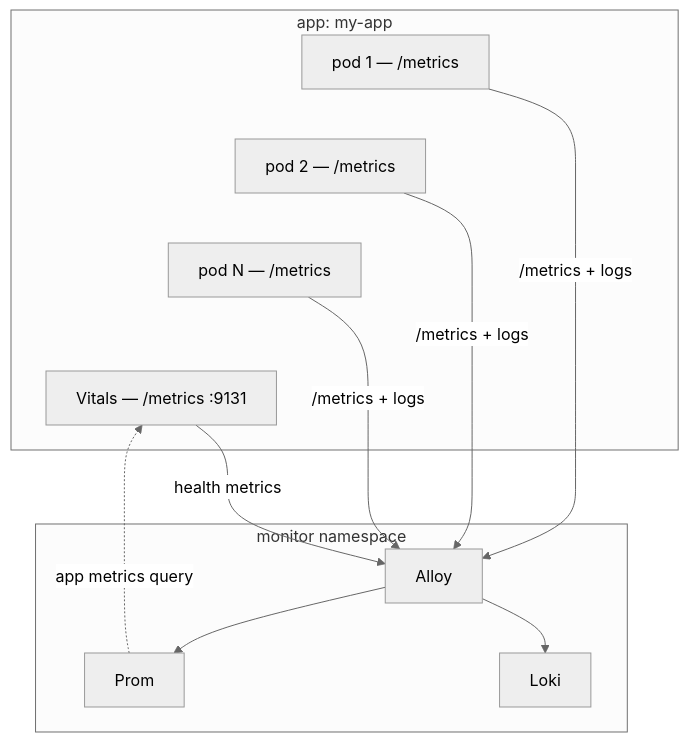
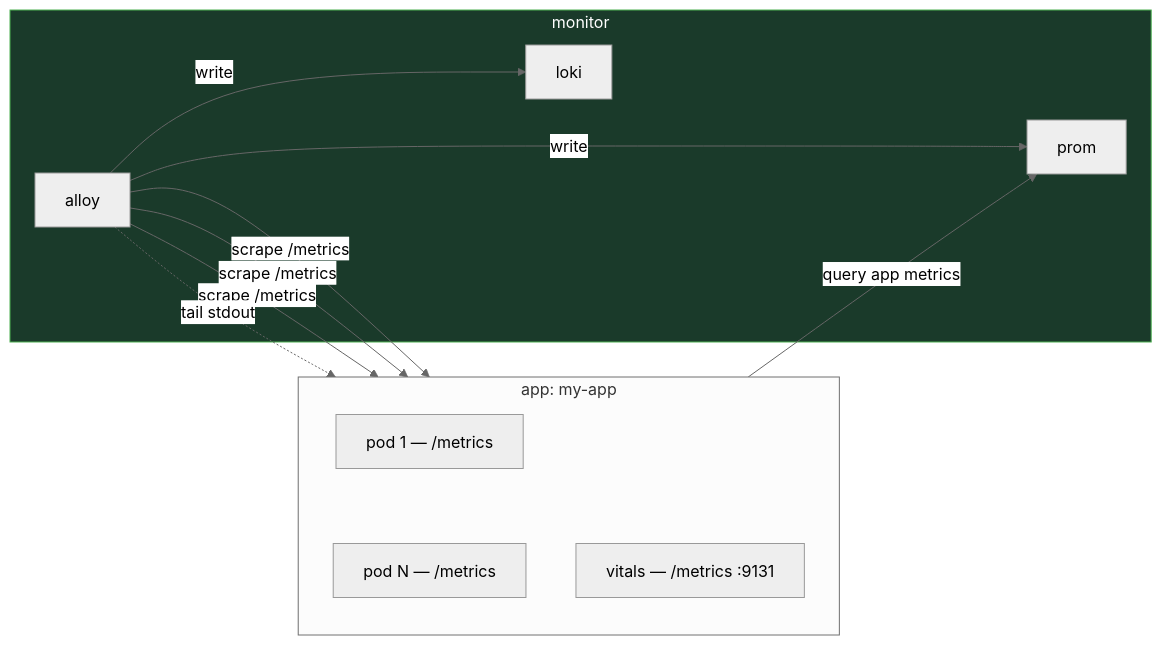
The diagram in docs/infra/monitoring.md (Kord96/kordinate), drawn with Mermaid (neutral theme) before and after one commit. The commit also changed other lines of this file, not shown here.

````diff
--- a/docs/infra/monitoring.md
+++ b/docs/infra/monitoring.md
@@ -43,18 +9,18 @@
 ```mermaid
-flowchart TB
+flowchart LR
     subgraph app["app: my-app"]
-        P1[pod 1 — /metrics]
-        P2[pod 2 — /metrics]
-        PN[pod N — /metrics]
-        VIT[Vitals — /metrics :9131]
-        P1 ~~~ P2 ~~~ PN ~~~ VIT
+        direction TB
+        P1[pod 1 — /metrics] ~~~ P2[pod N — /metrics]
+        VIT[vitals — /metrics :9131]
     end
 
-    P1 & P2 & PN -->|/metrics + logs| AL
-    VIT -->|health metrics| AL
-    PR -.->|app metrics query| VIT
+    subgraph mon[monitor]
+        AL[alloy] -->|write| PR[prom] & LK[loki]
+    end
 
-    subgraph mon[monitor namespace]
-        AL[Alloy] --> PR[Prom] & LK[Loki]
-    end
+    AL -->|scrape /metrics| P1 & P2 & VIT
+    AL -.->|tail stdout| app
+    VIT -->|query app metrics| PR
+
+    style mon fill:#1a3a2a,stroke:#4caf50,color:#fff
 ```
````
